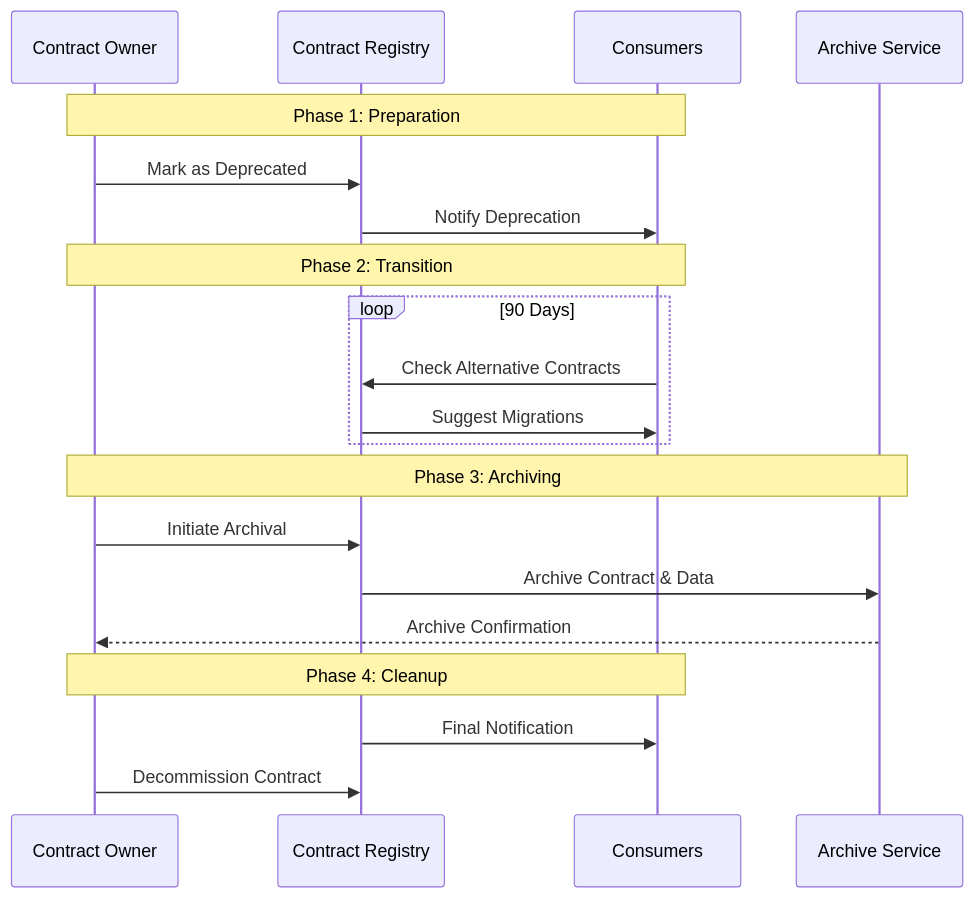
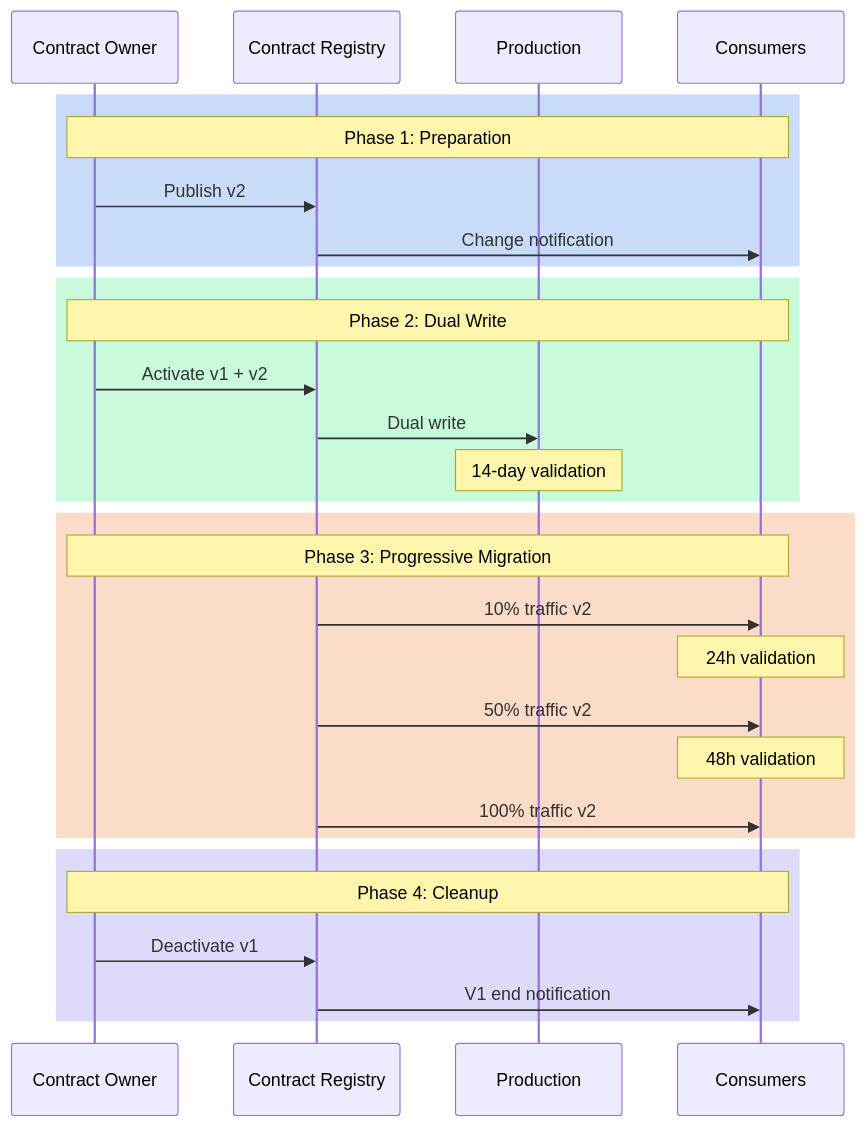
One commit to monmaya/pyb-data-contracts changed the second of 2 diagrams in docs/en/articles/06-lifecycle.md. Above: the diagram before and after it, drawn with Mermaid. The commit also changed other lines of this file and 15 other files, not shown here.

````diff
--- a/docs/en/articles/06-lifecycle.md
+++ b/docs/en/articles/06-lifecycle.md
@@ -94,26 +94,35 @@
 ```mermaid
 sequenceDiagram
     participant Owner as Contract Owner
     participant Registry as Contract Registry
+    participant Prod as Production
     participant Consumers as Consumers
-    participant Archive as Archive Service
 
-    Note over Owner,Consumers: Phase 1: Preparation
-    Owner->>Registry: Mark as Deprecated
-    Registry->>Consumers: Notify Deprecation
-    
-    Note over Owner,Consumers: Phase 2: Transition
-    loop 90 Days
-        Consumers->>Registry: Check Alternative Contracts
-        Registry->>Consumers: Suggest Migrations
+    rect rgb(200, 220, 250)
+        Note over Owner,Consumers: Phase 1: Preparation
+        Owner->>Registry: Publish v2
+        Registry->>Consumers: Change notification
     end
-    
-    Note over Owner,Archive: Phase 3: Archiving
-    Owner->>Registry: Initiate Archival
-    Registry->>Archive: Archive Contract & Data
-    Archive-->>Owner: Archive Confirmation
-    
-    Note over Owner,Consumers: Phase 4: Cleanup
-    Registry->>Consumers: Final Notification
-    Owner->>Registry: Decommission Contract
+
+    rect rgb(200, 250, 220)
+        Note over Owner,Consumers: Phase 2: Dual Write
+        Owner->>Registry: Activate v1 + v2
+        Registry->>Prod: Dual write
+        Note over Prod: 14-day validation
+    end
+
+    rect rgb(250, 220, 200)
+        Note over Owner,Consumers: Phase 3: Progressive Migration
+        Registry->>Consumers: 10% traffic v2
+        Note over Consumers: 24h validation
+        Registry->>Consumers: 50% traffic v2
+        Note over Consumers: 48h validation
+        Registry->>Consumers: 100% traffic v2
+    end
+
+    rect rgb(220, 220, 250)
+        Note over Owner,Consumers: Phase 4: Cleanup
+        Owner->>Registry: Deactivate v1
+        Registry->>Consumers: V1 end notification
+    end
 ```
````
